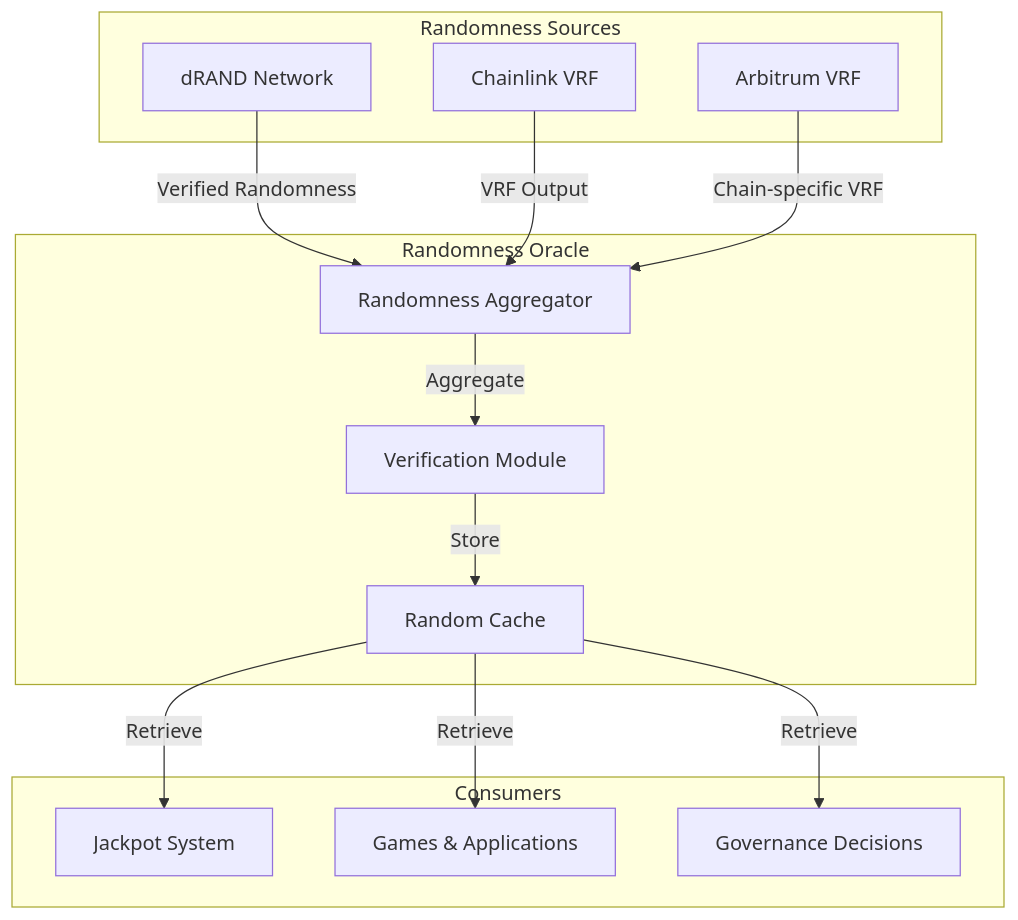
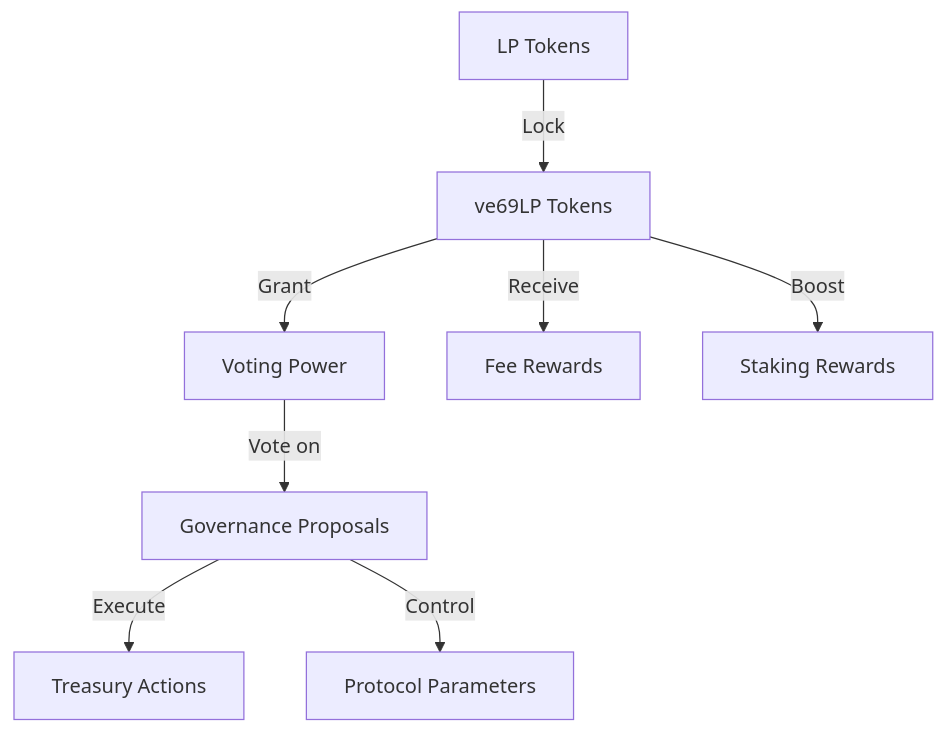
Before and after one commit to wenakita/sonicreddragon-docs: the third of 6 diagrams in docs/concepts/architecture.md, drawn with Mermaid. The commit also changed other lines of this file, not shown here.

Commit message:
Update architecture documentation with detailed jackpot system integration

````diff
--- a/docs/concepts/architecture.md
+++ b/docs/concepts/architecture.md
@@ -78,32 +98,13 @@
 ```mermaid
-flowchart TB
-    subgraph "Randomness Sources"
-        drand["dRAND Network"]
-        chainlink["Chainlink VRF"]
-        arbitrum["Arbitrum VRF"]
-    end
+graph TD
+    LP["LP Tokens"] -->|"Lock"| ve69LP["ve69LP Tokens"]
+    ve69LP -->|"Grant"| Voting["Voting Power"]
+    ve69LP -->|"Receive"| FeeRewards["Fee Rewards"]
+    ve69LP -->|"Boost"| StakingRewards["Staking Rewards"]
     
-    subgraph "Randomness Oracle"
-        randomnessAggregator["Randomness Aggregator"]
-        verifier["Verification Module"]
-        cache["Random Cache"]
-    end
+    Voting -->|"Vote on"| Proposals["Governance Proposals"]
+    Proposals -->|"Execute"| Treasury["Treasury Actions"]
+    Proposals -->|"Control"| Parameters["Protocol Parameters"]
     
-    subgraph "Consumers"
-        jackpot["Jackpot System"]
-        games["Games & Applications"]
-        governance["Governance Decisions"]
-    end
-    
-    drand -->|"Verified Randomness"| randomnessAggregator
-    chainlink -->|"VRF Output"| randomnessAggregator
-    arbitrum -->|"Chain-specific VRF"| randomnessAggregator
-    
-    randomnessAggregator -->|"Aggregate"| verifier
-    verifier -->|"Store"| cache
-    cache -->|"Retrieve"| jackpot
-    cache -->|"Retrieve"| games
-    cache -->|"Retrieve"| governance
-    
-    class randomnessAggregator,jackpot highlight
+    class ve69LP highlight
 ```
````
